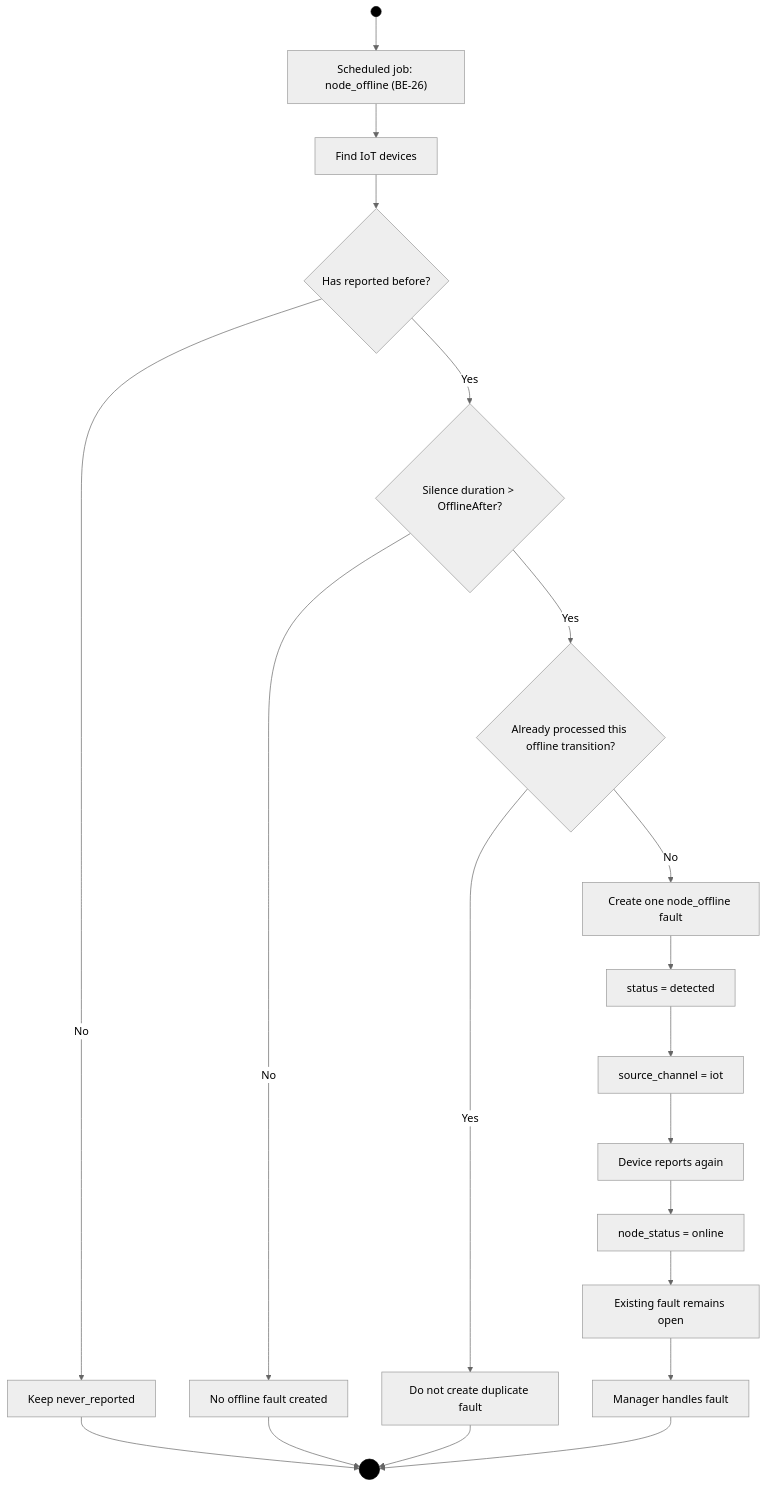
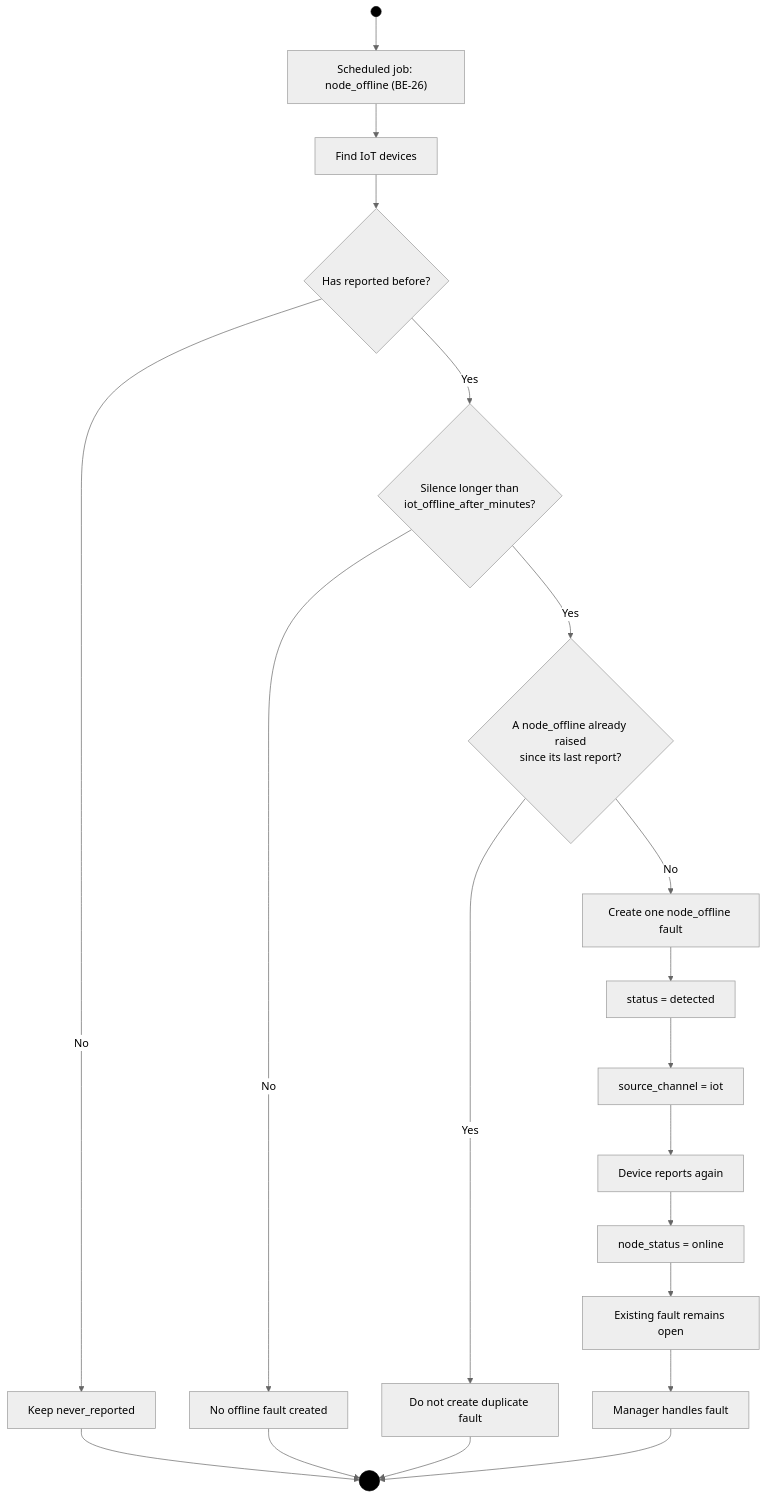
Before and after one commit to LuxMapLabs/luxmap_backend: the eighth of 14 diagrams in docs/state-machines.md, drawn with Mermaid (neutral theme). The commit also changed other lines of this file, not shown here.

Commit message:
docs(state-machines): BE-33 thresholds — node_status and dim come from system settings

````diff
--- a/docs/state-machines.md
+++ b/docs/state-machines.md
@@ -343,31 +346,31 @@
 ```mermaid
 flowchart TD
     S((" ")) --> A
     A["Scheduled job: node_offline (BE-26)"] --> B["Find IoT devices"]
     B --> C{"Has reported before?"}
 
     C -- "No" --> D["Keep never_reported"]
-    C -- "Yes" --> E{"Silence duration > OfflineAfter?"}
+    C -- "Yes" --> E{"Silence longer than<br/>iot_offline_after_minutes?"}
 
     E -- "No" --> F["No offline fault created"]
-    E -- "Yes" --> G{"Already processed this offline transition?"}
+    E -- "Yes" --> G{"A node_offline already raised<br/>since its last report?"}
 
     G -- "No" --> H["Create one node_offline fault"]
     H --> I["status = detected"]
     I --> J["source_channel = iot"]
 
     G -- "Yes" --> K["Do not create duplicate fault"]
 
     J --> L["Device reports again"]
     L --> M["node_status = online"]
     M --> N["Existing fault remains open"]
     N --> O["Manager handles fault"]
 
     D --> P(((" ")))
     F --> P
     K --> P
     O --> P
 
     style S fill:#000,stroke:#000
     style P fill:#000,stroke:#000
 ```
````
